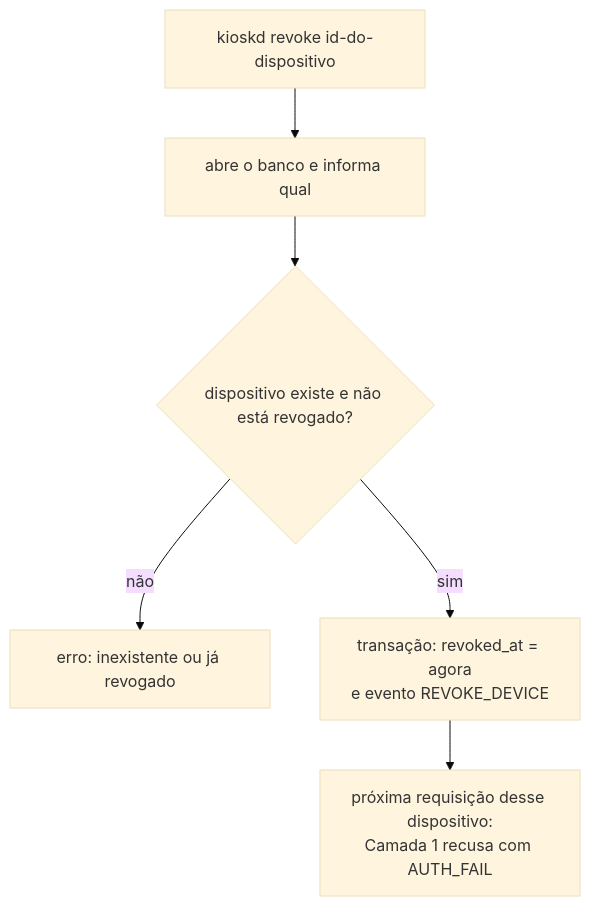
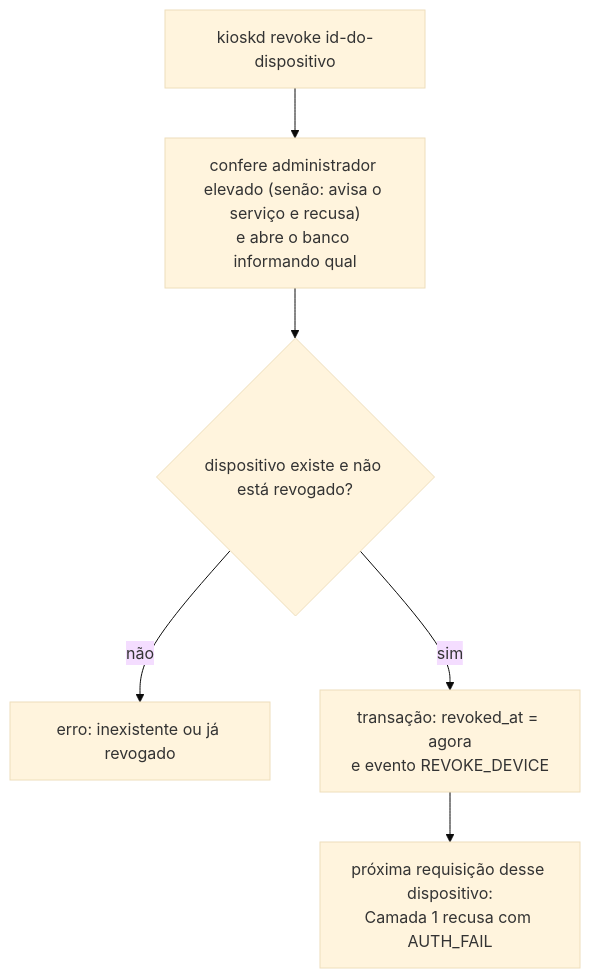
Before and after one commit to jefersonlop3s/kiosk-engine: the sixth of 28 diagrams in docs/architecture/fluxos-dos-comandos.md, drawn with Mermaid (base theme). The commit also changed other lines of this file and 22 other files, not shown here.

````diff
--- a/docs/architecture/fluxos-dos-comandos.md
+++ b/docs/architecture/fluxos-dos-comandos.md
@@ -118,8 +120,8 @@
 ```mermaid
 flowchart TD
-    A["kioskd revoke id-do-dispositivo"] --> B["abre o banco e informa qual"]
+    A["kioskd revoke id-do-dispositivo"] --> B["confere administrador elevado (senão: avisa o serviço e recusa)<br/>e abre o banco informando qual"]
     B --> C{"dispositivo existe e não está revogado?"}
     C -->|não| E["erro: inexistente ou já revogado"]
     C -->|sim| D["transação: revoked_at = agora<br/>e evento REVOKE_DEVICE"]
     D --> F["próxima requisição desse dispositivo:<br/>Camada 1 recusa com AUTH_FAIL"]
 ```
````
